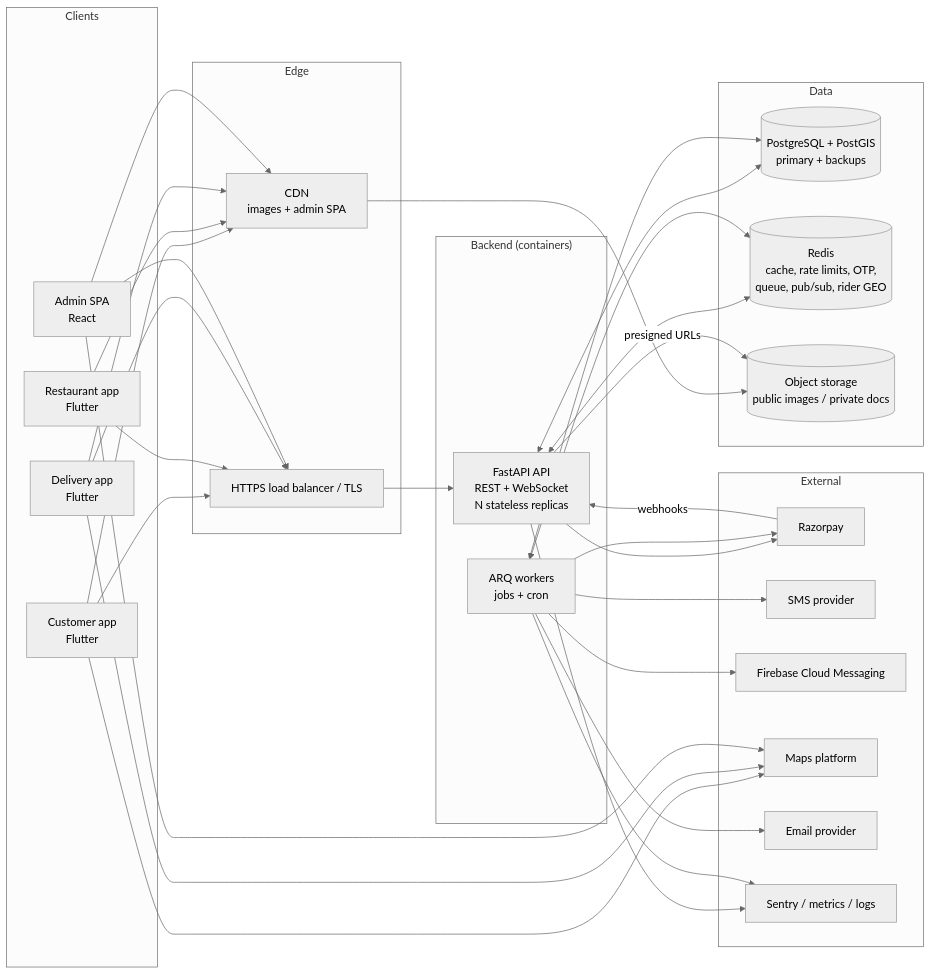
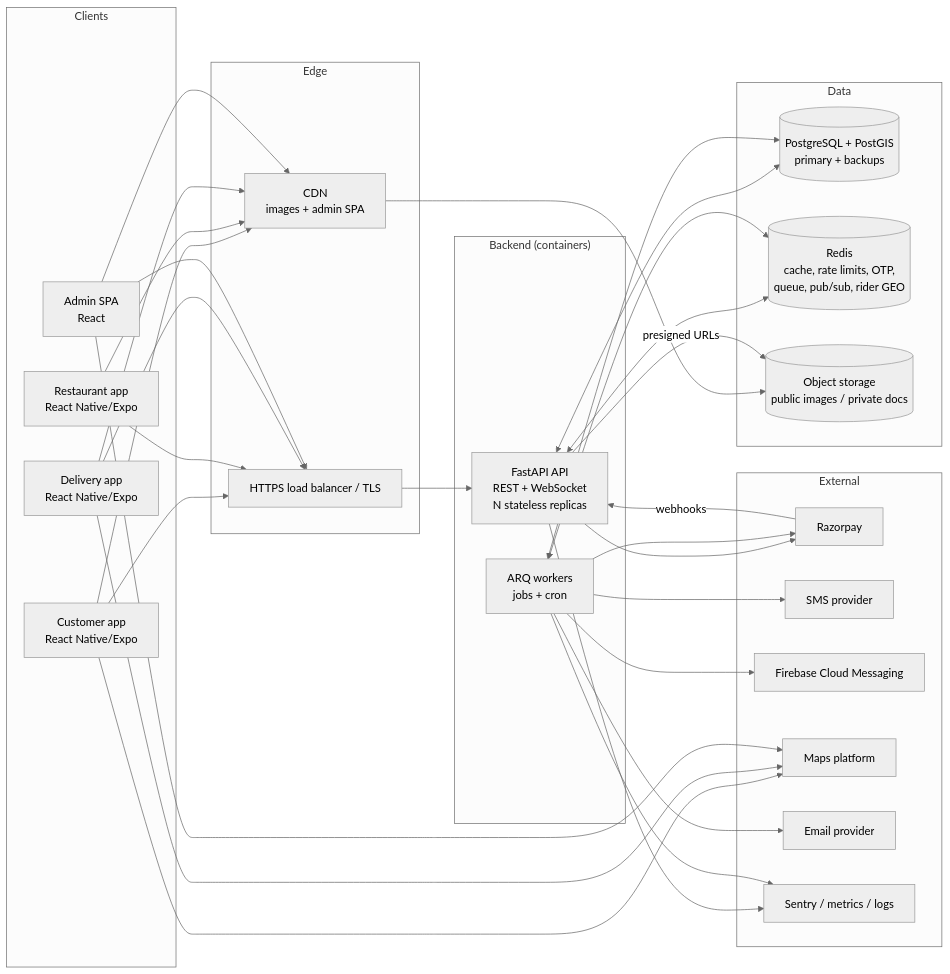
The first of 3 diagrams in docs/BLUEPRINT.md (balajibansude/Hungerly), drawn with Mermaid (neutral theme) before and after one commit. The commit also changed other lines of this file and 14 other files, not shown here.

First line of the commit message:
docs: record React Native/Expo and pnpm/Turborepo decisions; add frontend guides

````diff
--- a/docs/BLUEPRINT.md
+++ b/docs/BLUEPRINT.md
@@ -282,48 +282,48 @@
 ```mermaid
 flowchart LR
     subgraph Clients
-        C[Customer app<br/>Flutter]
-        R[Restaurant app<br/>Flutter]
-        D[Delivery app<br/>Flutter]
+        C[Customer app<br/>React Native/Expo]
+        R[Restaurant app<br/>React Native/Expo]
+        D[Delivery app<br/>React Native/Expo]
         A[Admin SPA<br/>React]
     end
 
     subgraph Edge
         CDN[CDN<br/>images + admin SPA]
         LB[HTTPS load balancer / TLS]
     end
 
     subgraph Backend["Backend (containers)"]
         API[FastAPI API<br/>REST + WebSocket<br/>N stateless replicas]
         W[ARQ workers<br/>jobs + cron]
     end
 
     subgraph Data
         PG[(PostgreSQL + PostGIS<br/>primary + backups)]
         RD[(Redis<br/>cache, rate limits, OTP,<br/>queue, pub/sub, rider GEO)]
         S3[(Object storage<br/>public images / private docs)]
     end
 
     subgraph External
         PAY[Razorpay]
         SMS[SMS provider]
         FCM[Firebase Cloud Messaging]
         MAPS[Maps platform]
         MAIL[Email provider]
         OBS[Sentry / metrics / logs]
     end
 
     C & R & D & A --> LB --> API
     C & R & D & A --> CDN --> S3
     API <--> PG
     API <--> RD
     W <--> PG
     W <--> RD
     API -- presigned URLs --> S3
     API --> PAY
     PAY -- webhooks --> API
     W --> SMS & FCM & MAIL
     W --> PAY
     C & D & A --> MAPS
     API & W --> OBS
 ```
````
